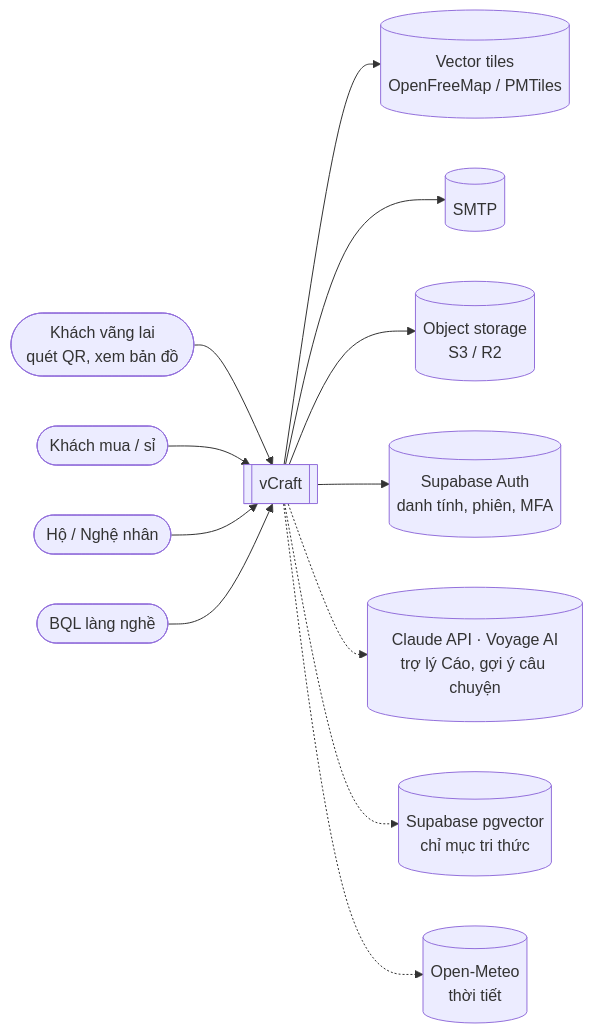
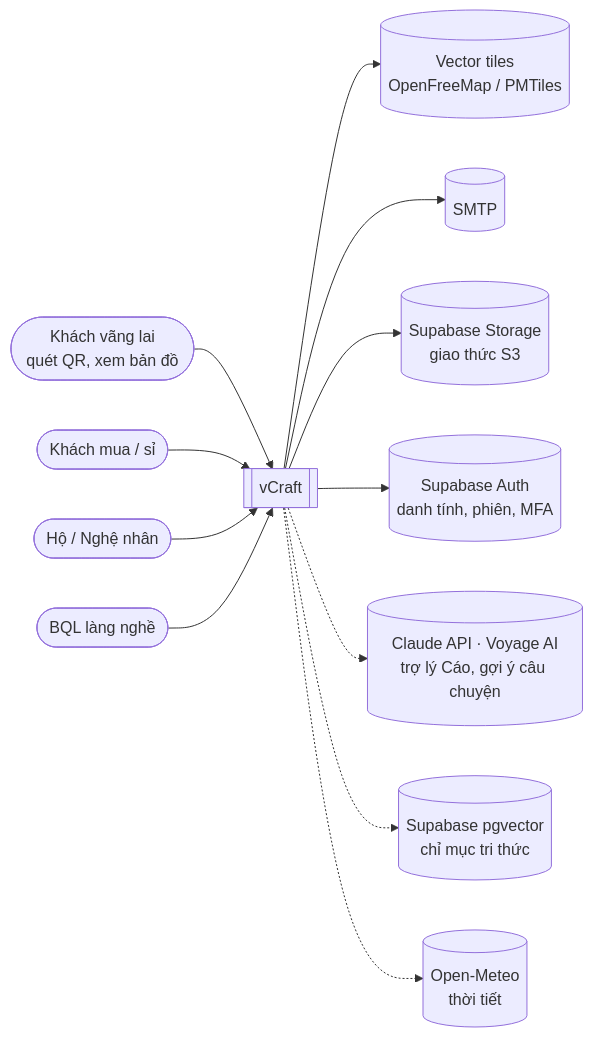
The first of 10 diagrams in docs/ARCHITECTURE.md (DienHung05/vCRAFT), drawn with Mermaid before and after one commit. The commit also changed other lines of this file and 8 other files, not shown here.

First line of the commit message:
chore(storage): move object storage to Supabase Storage via S3 (ADR-14)

````diff
--- a/docs/ARCHITECTURE.md
+++ b/docs/ARCHITECTURE.md
@@ -49,27 +49,27 @@
 ```mermaid
 flowchart LR
     guest([Khách vãng lai<br/>quét QR, xem bản đồ])
     buyer([Khách mua / sỉ])
     artisan([Hộ / Nghệ nhân])
     admin([BQL làng nghề])
     vcraft[[vCraft]]
     tiles[(Vector tiles<br/>OpenFreeMap / PMTiles)]
     mail[(SMTP)]
-    s3[(Object storage<br/>S3 / R2)]
+    s3[(Supabase Storage<br/>giao thức S3)]
     llm[(Claude API · Voyage AI<br/>trợ lý Cáo, gợi ý câu chuyện)]
     idp[(Supabase Auth<br/>danh tính, phiên, MFA)]
     vec[(Supabase pgvector<br/>chỉ mục tri thức)]
     wx[(Open-Meteo<br/>thời tiết)]
 
     guest --> vcraft
     buyer --> vcraft
     artisan --> vcraft
     admin --> vcraft
     vcraft --> tiles
     vcraft --> mail
     vcraft --> s3
     vcraft --> idp
     vcraft -.-> llm
     vcraft -.-> vec
     vcraft -.-> wx
 ```
````
